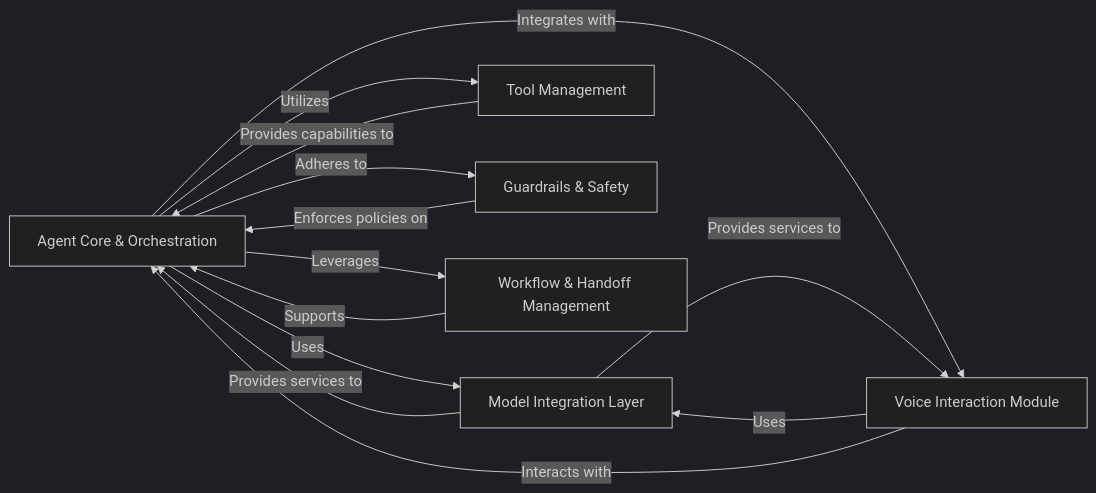
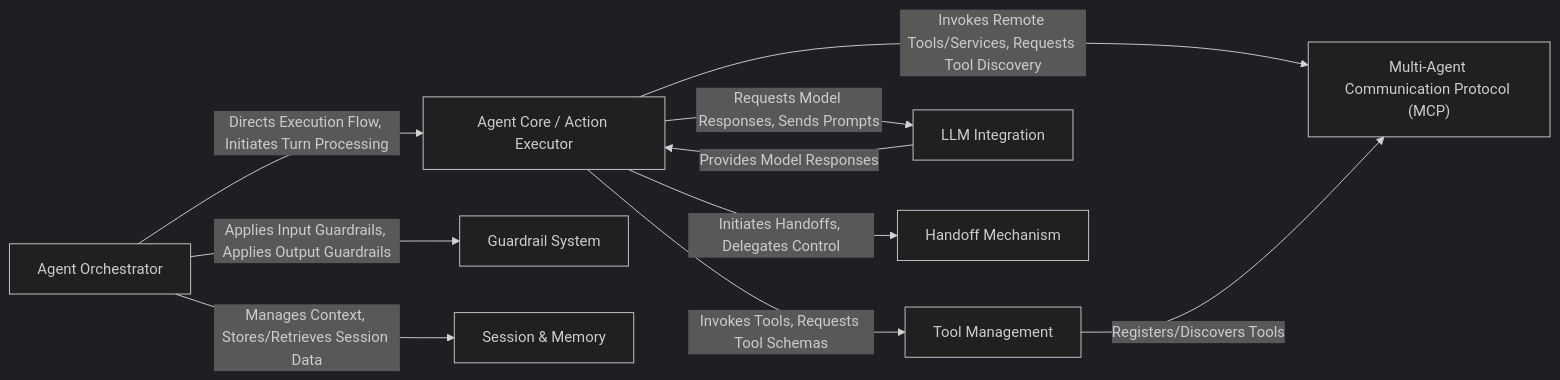
Before and after one commit to CodeBoarding/GeneratedOnBoardings: the diagram in openai-agents-python/on_boarding.md, drawn with Mermaid (dark theme). The commit also changed other lines of this file and 12 other files, not shown here.

Commit message:
Uploading onboarding materials for openai-agents-python

````diff
--- a/openai-agents-python/on_boarding.md
+++ b/openai-agents-python/on_boarding.md
@@ -1,27 +1,27 @@
 ```mermaid
 graph LR
-    Agent_Core_Orchestration["Agent Core & Orchestration"]
-    Model_Integration_Layer["Model Integration Layer"]
+    Agent_Orchestrator["Agent Orchestrator"]
+    Agent_Core_Action_Executor["Agent Core / Action Executor"]
     Tool_Management["Tool Management"]
-    Guardrails_Safety["Guardrails & Safety"]
-    Workflow_Handoff_Management["Workflow & Handoff Management"]
-    Voice_Interaction_Module["Voice Interaction Module"]
-    Agent_Core_Orchestration -- "Uses" --> Model_Integration_Layer
-    Agent_Core_Orchestration -- "Utilizes" --> Tool_Management
-    Agent_Core_Orchestration -- "Adheres to" --> Guardrails_Safety
-    Agent_Core_Orchestration -- "Leverages" --> Workflow_Handoff_Management
-    Agent_Core_Orchestration -- "Integrates with" --> Voice_Interaction_Module
-    Model_Integration_Layer -- "Provides services to" --> Agent_Core_Orchestration
-    Model_Integration_Layer -- "Provides services to" --> Voice_Interaction_Module
-    Tool_Management -- "Provides capabilities to" --> Agent_Core_Orchestration
-    Guardrails_Safety -- "Enforces policies on" --> Agent_Core_Orchestration
-    Workflow_Handoff_Management -- "Supports" --> Agent_Core_Orchestration
-    Voice_Interaction_Module -- "Uses" --> Model_Integration_Layer
-    Voice_Interaction_Module -- "Interacts with" --> Agent_Core_Orchestration
-    click Agent_Core_Orchestration href "https://github.com/CodeBoarding/GeneratedOnBoardings/blob/main/openai-agents-python/Agent_Core_Orchestration.md" "Details"
-    click Model_Integration_Layer href "https://github.com/CodeBoarding/GeneratedOnBoardings/blob/main/openai-agents-python/Model_Integration_Layer.md" "Details"
+    Guardrail_System["Guardrail System"]
+    Session_Memory["Session & Memory"]
+    LLM_Integration["LLM Integration"]
+    Handoff_Mechanism["Handoff Mechanism"]
+    Multi_Agent_Communication_Protocol_MCP_["Multi-Agent Communication Protocol (MCP)"]
+    Agent_Orchestrator -- "Directs Execution Flow, Initiates Turn Processing" --> Agent_Core_Action_Executor
+    Agent_Core_Action_Executor -- "Requests Model Responses, Sends Prompts" --> LLM_Integration
+    LLM_Integration -- "Provides Model Responses" --> Agent_Core_Action_Executor
+    Agent_Core_Action_Executor -- "Invokes Tools, Requests Tool Schemas" --> Tool_Management
+    Agent_Orchestrator -- "Applies Input Guardrails, Applies Output Guardrails" --> Guardrail_System
+    Agent_Orchestrator -- "Manages Context, Stores/Retrieves Session Data" --> Session_Memory
+    Agent_Core_Action_Executor -- "Initiates Handoffs, Delegates Control" --> Handoff_Mechanism
+    Agent_Core_Action_Executor -- "Invokes Remote Tools/Services, Requests Tool Discovery" --> Multi_Agent_Communication_Protocol_MCP_
+    Tool_Management -- "Registers/Discovers Tools" --> Multi_Agent_Communication_Protocol_MCP_
+    click Agent_Orchestrator href "https://github.com/CodeBoarding/GeneratedOnBoardings/blob/main/openai-agents-python/Agent_Orchestrator.md" "Details"
+    click Agent_Core_Action_Executor href "https://github.com/CodeBoarding/GeneratedOnBoardings/blob/main/openai-agents-python/Agent_Core_Action_Executor.md" "Details"
     click Tool_Management href "https://github.com/CodeBoarding/GeneratedOnBoardings/blob/main/openai-agents-python/Tool_Management.md" "Details"
-    click Guardrails_Safety href "https://github.com/CodeBoarding/GeneratedOnBoardings/blob/main/openai-agents-python/Guardrails_Safety.md" "Details"
-    click Workflow_Handoff_Management href "https://github.com/CodeBoarding/GeneratedOnBoardings/blob/main/openai-agents-python/Workflow_Handoff_Management.md" "Details"
-    click Voice_Interaction_Module href "https://github.com/CodeBoarding/GeneratedOnBoardings/blob/main/openai-agents-python/Voice_Interaction_Module.md" "Details"
+    click Guardrail_System href "https://github.com/CodeBoarding/GeneratedOnBoardings/blob/main/openai-agents-python/Guardrail_System.md" "Details"
+    click LLM_Integration href "https://github.com/CodeBoarding/GeneratedOnBoardings/blob/main/openai-agents-python/LLM_Integration.md" "Details"
+    click Handoff_Mechanism href "https://github.com/CodeBoarding/GeneratedOnBoardings/blob/main/openai-agents-python/Handoff_Mechanism.md" "Details"
+    click Multi_Agent_Communication_Protocol_MCP_ href "https://github.com/CodeBoarding/GeneratedOnBoardings/blob/main/openai-agents-python/Multi_Agent_Communication_Protocol_MCP_.md" "Details"
 ```
````
